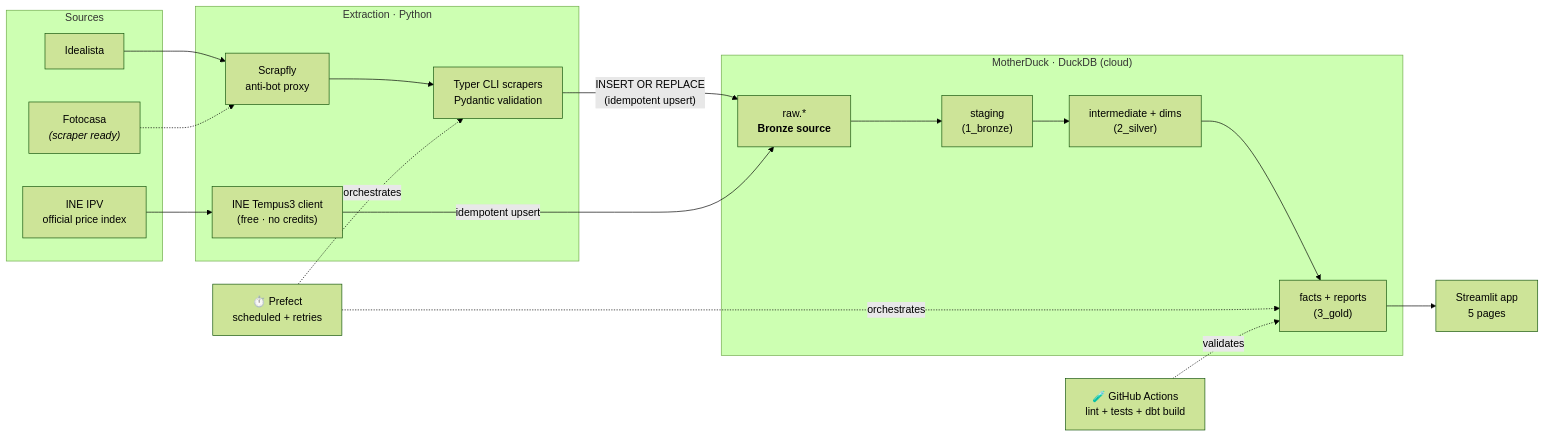
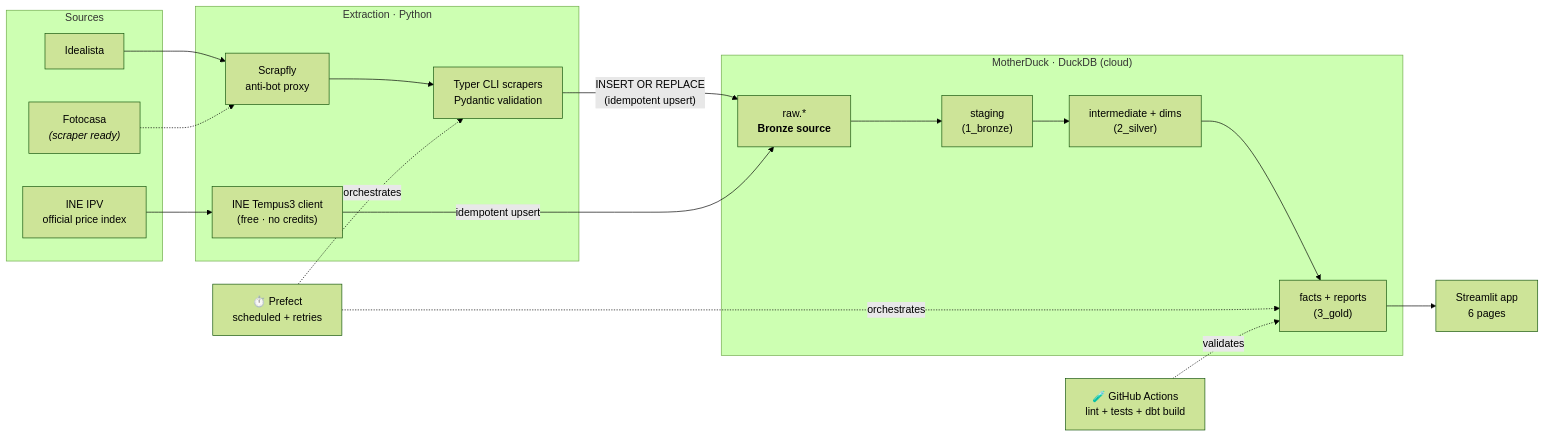
One commit to carlosdmv7/spanish-housing-radar changed the diagram in README.md. Above: the diagram before and after it, drawn with Mermaid (forest theme). The commit also changed other lines of this file, not shown here.

````diff
--- a/README.md
+++ b/README.md
@@ -66,36 +70,36 @@
 ```mermaid
 flowchart LR
     subgraph SRC["Sources"]
         I["Idealista"]
         F["Fotocasa<br/><i>(scraper ready)</i>"]
         N["INE IPV<br/>official price index"]
     end
 
     subgraph EXTRACT["Extraction · Python"]
         SC["Scrapfly<br/>anti-bot proxy"]
         PY["Typer CLI scrapers<br/>Pydantic validation"]
         NE["INE Tempus3 client<br/>(free · no credits)"]
     end
 
     subgraph WH["MotherDuck · DuckDB (cloud)"]
         RAW["raw.*<br/><b>Bronze source</b>"]
         BRONZE["staging<br/>(1_bronze)"]
         SILVER["intermediate + dims<br/>(2_silver)"]
         GOLD["facts + reports<br/>(3_gold)"]
     end
 
-    APP["Streamlit app<br/>5 pages"]
+    APP["Streamlit app<br/>6 pages"]
 
     I --> SC --> PY
     F -.-> SC
     N --> NE
     PY -->|"INSERT OR REPLACE<br/>(idempotent upsert)"| RAW
     NE -->|"idempotent upsert"| RAW
     RAW --> BRONZE --> SILVER --> GOLD --> APP
 
     ORCH["⏱️ Prefect<br/>scheduled + retries"]
     CI["🧪 GitHub Actions<br/>lint + tests + dbt build"]
     ORCH -.orchestrates.-> PY
     ORCH -.orchestrates.-> GOLD
     CI -.validates.-> GOLD
 ```
````
